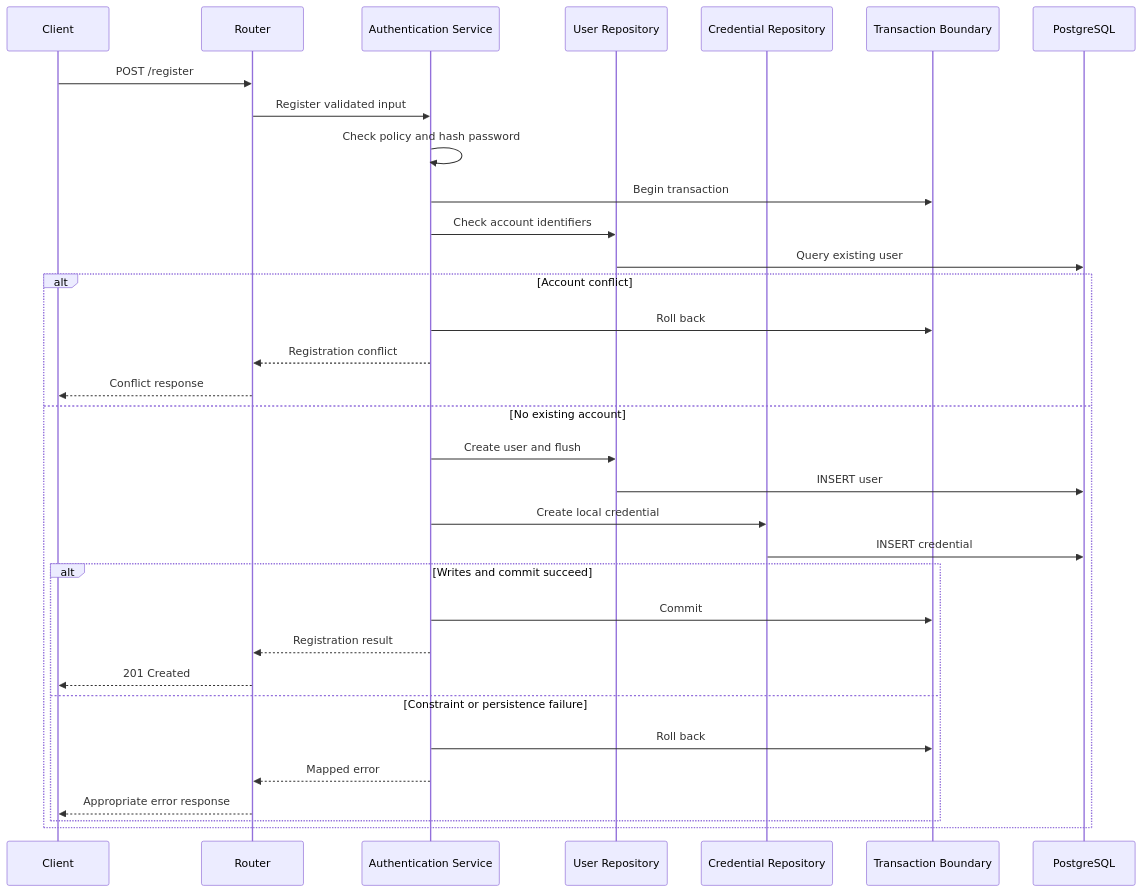
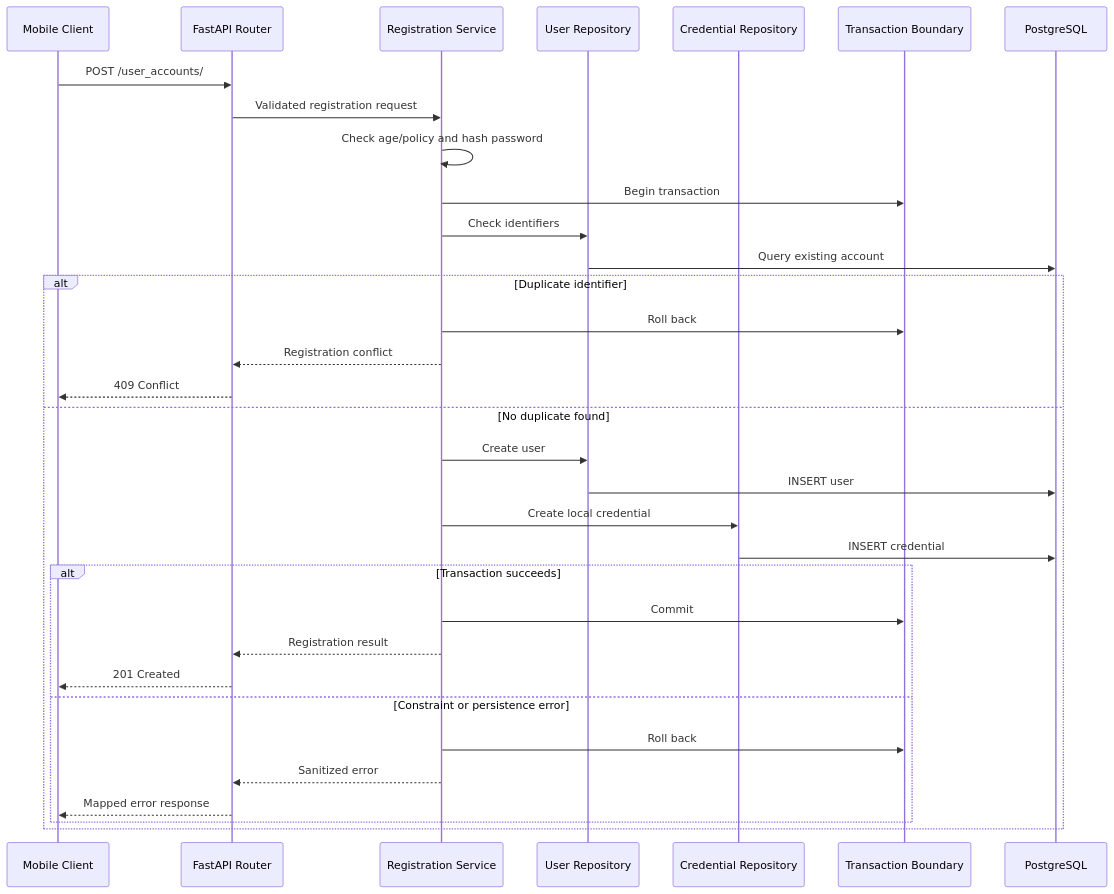
One commit to ARMummert/arcane-archive-docs changed the second of 2 diagrams in docs/system-architecture-and-design.md. Above: the diagram before and after it, drawn with Mermaid. The commit also changed other lines of this file and 1 other file, not shown here.

````diff
--- a/docs/system-architecture-and-design.md
+++ b/docs/system-architecture-and-design.md
@@ -233,35 +233,35 @@
 ```mermaid
 sequenceDiagram
-    participant Client
-    participant Router
-    participant Auth as Authentication Service
+    participant Client as Mobile Client
+    participant Router as FastAPI Router
+    participant Auth as Registration Service
     participant Users as User Repository
     participant Creds as Credential Repository
     participant UOW as Transaction Boundary
     participant DB as PostgreSQL
-    Client->>Router: POST /register
-    Router->>Auth: Register validated input
-    Auth->>Auth: Check policy and hash password
+    Client->>Router: POST /user_accounts/
+    Router->>Auth: Validated registration request
+    Auth->>Auth: Check age/policy and hash password
     Auth->>UOW: Begin transaction
-    Auth->>Users: Check account identifiers
-    Users->>DB: Query existing user
-    alt Account conflict
+    Auth->>Users: Check identifiers
+    Users->>DB: Query existing account
+    alt Duplicate identifier
         Auth->>UOW: Roll back
         Auth-->>Router: Registration conflict
-        Router-->>Client: Conflict response
-    else No existing account
-        Auth->>Users: Create user and flush
+        Router-->>Client: 409 Conflict
+    else No duplicate found
+        Auth->>Users: Create user
         Users->>DB: INSERT user
         Auth->>Creds: Create local credential
         Creds->>DB: INSERT credential
-        alt Writes and commit succeed
+        alt Transaction succeeds
             Auth->>UOW: Commit
             Auth-->>Router: Registration result
             Router-->>Client: 201 Created
-        else Constraint or persistence failure
+        else Constraint or persistence error
             Auth->>UOW: Roll back
-            Auth-->>Router: Mapped error
-            Router-->>Client: Appropriate error response
+            Auth-->>Router: Sanitized error
+            Router-->>Client: Mapped error response
         end
     end
 ```
````
